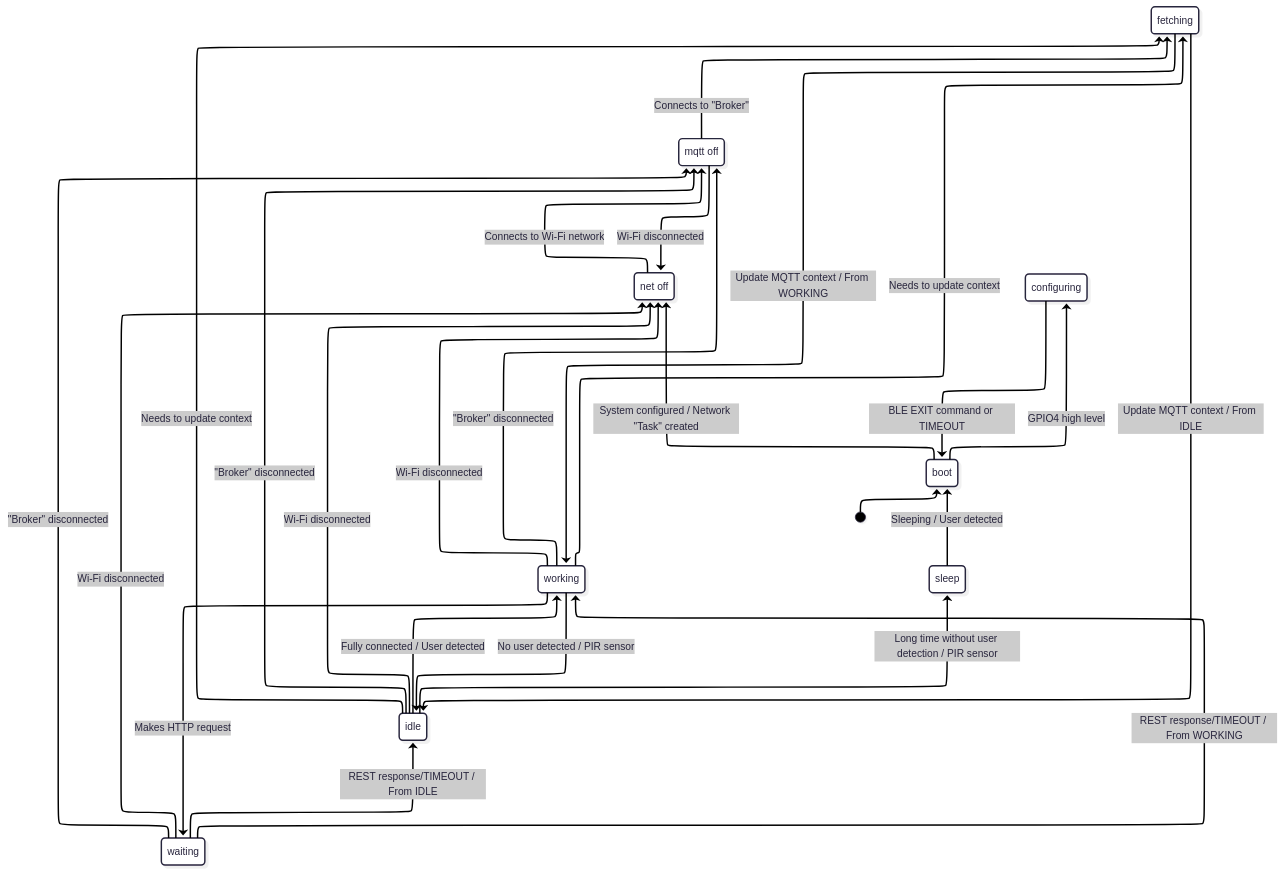
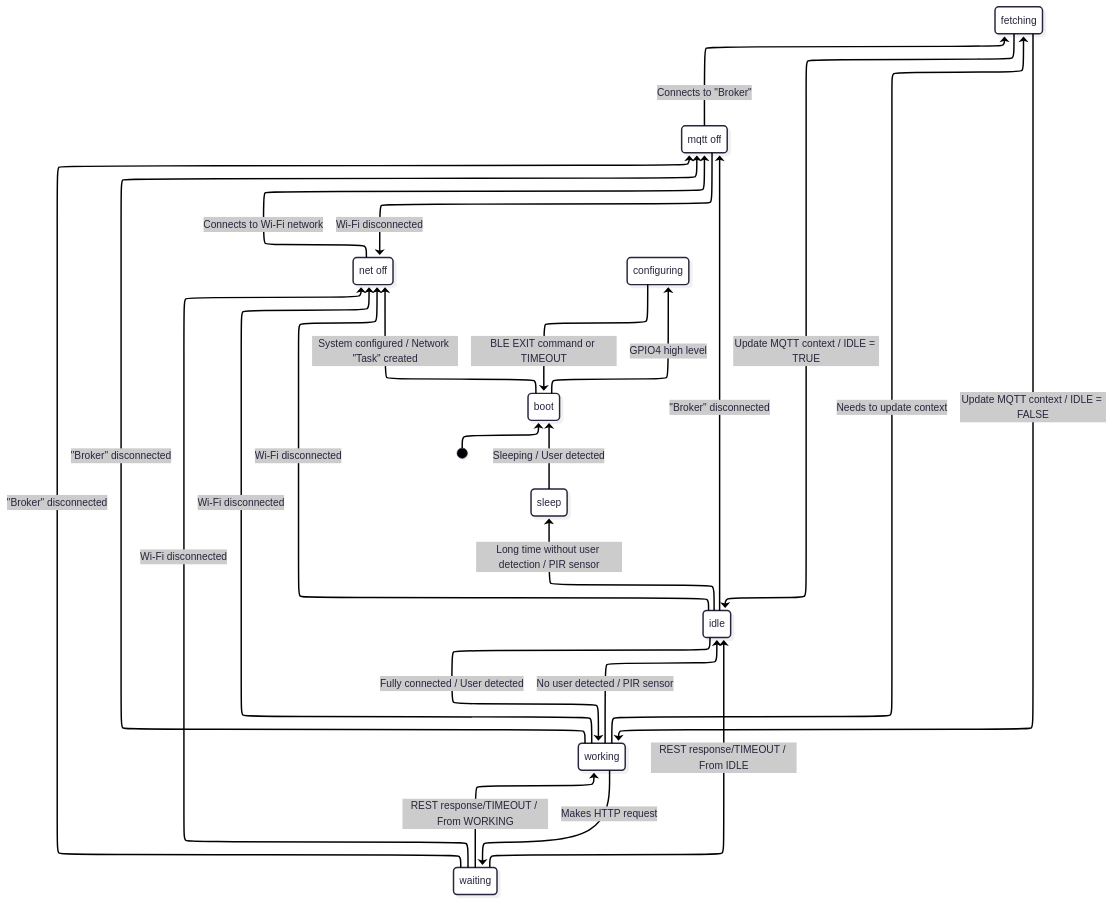
Before and after one commit to DanielKGM/autoponto-firmware: the diagram in docs/FSM_DIAGRAM.mmd, drawn with Mermaid. The commit also changed 6 other files, not shown here.

```diff
--- a/docs/FSM_DIAGRAM.mmd
+++ b/docs/FSM_DIAGRAM.mmd
@@ -1,34 +1,33 @@
 ---
 config:
   layout: elk
   theme: redux
   look: neo
 ---
 stateDiagram
   direction BT
   [*] --> boot
   boot --> net_off:System configured / Network "Task" created
   net_off --> mqtt_off:Connects to Wi-Fi network
   mqtt_off --> net_off:Wi-Fi disconnected
   mqtt_off --> fetching:Connects to "Broker"
-  fetching --> working:Update MQTT context / From WORKING
-  fetching --> idle:Update MQTT context / From IDLE
+  fetching --> working:Update MQTT context / IDLE = FALSE
+  fetching --> idle:Update MQTT context / IDLE = TRUE
   working --> fetching:Needs to update context
-  idle --> fetching:Needs to update context
   working --> waiting:Makes HTTP request
   waiting --> working:REST response/TIMEOUT / From WORKING
   waiting --> idle:REST response/TIMEOUT / From IDLE
   working --> idle:No user detected / PIR sensor
   idle --> working:Fully connected / User detected
   idle --> sleep:Long time without user detection / PIR sensor
   sleep --> boot:Sleeping / User detected
   boot --> configuring:GPIO4 high level
   configuring --> boot:BLE EXIT command or TIMEOUT
   working --> mqtt_off:"Broker" disconnected
   idle --> mqtt_off:"Broker" disconnected
   waiting --> mqtt_off:"Broker" disconnected
   working --> net_off:Wi-Fi disconnected
   idle --> net_off:Wi-Fi disconnected
   waiting --> net_off:Wi-Fi disconnected
   net_off:net off
   mqtt_off:mqtt off
```
